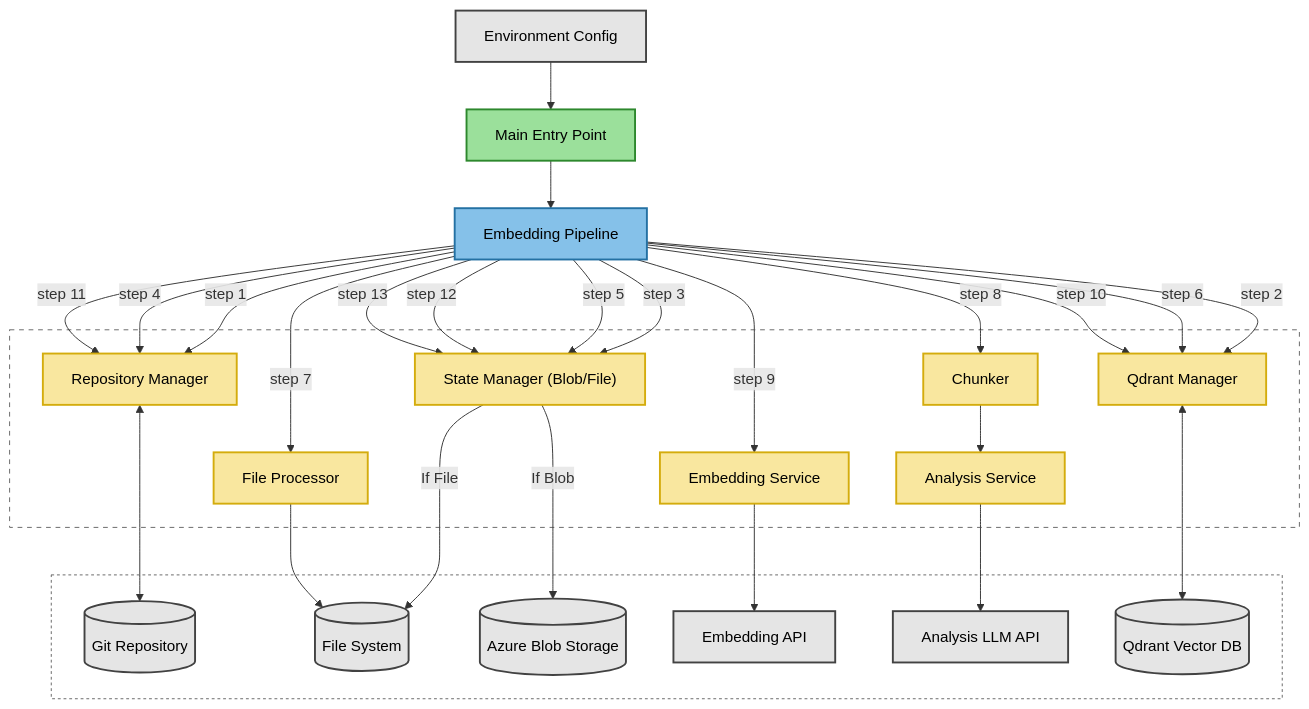
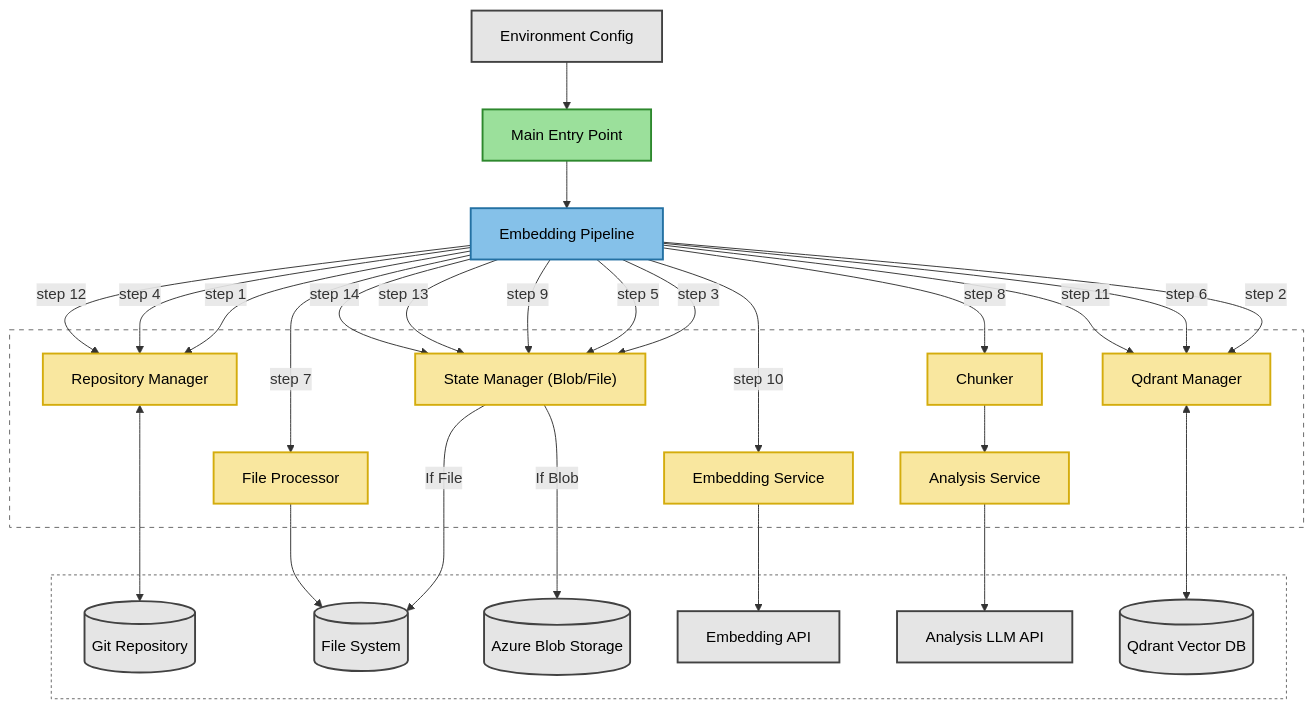
One commit to mark-hingston/embedder changed the diagram in README.md. Above: the diagram before and after it, drawn with Mermaid. The commit also changed other lines of this file and 8 other files, not shown here.

````diff
--- a/README.md
+++ b/README.md
@@ -36,67 +36,68 @@
 ```mermaid
 flowchart TB
     %% Define Styles with higher contrast and simpler look
     classDef init fill:#9BE09B,stroke:#2D882D,stroke-width:2px,color:#000,rounded:true;
     classDef orchestrator fill:#85C1E9,stroke:#2471A3,stroke-width:2px,color:#000,rounded:true;
     classDef component fill:#F9E79F,stroke:#D4AC0D,stroke-width:2px,color:#000,rounded:true;
     classDef external fill:#E5E5E5,stroke:#424242,stroke-width:2px,color:#000,rounded:true;
     classDef data fill:#F8C471,stroke:#CA6F1E,stroke-width:2px,color:#000,rounded:true;
 
     %% Main Entry Point
     main["Main Entry Point"]:::init
     env["Environment Config"]:::external
     
     %% Core Pipeline
     pipeline["Embedding Pipeline"]:::orchestrator
     
     %% Components Group - improved text contrast
     subgraph Components["<b>Core Components</b>"]
         repoMgr["Repository Manager"]:::component
         stateMgr["State Manager (Blob/File)"]:::component
         fileProc["File Processor"]:::component
         chunker["Chunker"]:::component
         analysisSvc["Analysis Service"]:::component
         embedSvc["Embedding Service"]:::component
         qdrantMgr["Qdrant Manager"]:::component
     end
     style Components fill:none,stroke-dasharray:5 5,stroke:#666,color:white
     
     %% External Systems Group - improved text contrast
     subgraph External["<b>External Systems & Data</b>"]
         gitRepo[(Git Repository)]:::external
         fs[(File System)]:::external
         azureBlob[(Azure Blob Storage)]:::external
         embedApi["Embedding API"]:::external
         llmApi["Analysis LLM API"]:::external
         qdrantDb[(Qdrant Vector DB)]:::external
     end
     style External fill:none,stroke-dasharray:3 3,stroke:#666,color:white
     
     %% Core Flow - centrally balanced
     env --> main --> pipeline
     
     %% Component to External connections
     repoMgr <--> gitRepo
     stateMgr -- "If Blob" --> azureBlob
     stateMgr -- "If File" --> fs
     fileProc --> fs
     chunker --> analysisSvc
     analysisSvc --> llmApi
     embedSvc --> embedApi
     qdrantMgr <--> qdrantDb
     
     %% Pipeline process flow with simplified step labels - removed any disconnected arrows
     pipeline --> |"step 1"|repoMgr
     pipeline --> |"step 2"|qdrantMgr
     pipeline --> |"step 3"|stateMgr
     pipeline --> |"step 4"|repoMgr
     pipeline --> |"step 5"|stateMgr
     pipeline --> |"step 6"|qdrantMgr
     pipeline --> |"step 7"|fileProc
     pipeline --> |"step 8"|chunker
-    pipeline --> |"step 9"|embedSvc
-    pipeline --> |"step 10"|qdrantMgr
-    pipeline --> |"step 11"|repoMgr
-    pipeline --> |"step 12"|stateMgr
+    pipeline --> |"step 9"|stateMgr
+    pipeline --> |"step 10"|embedSvc
+    pipeline --> |"step 11"|qdrantMgr
+    pipeline --> |"step 12"|repoMgr
     pipeline --> |"step 13"|stateMgr
+    pipeline --> |"step 14"|stateMgr
 ```
````
